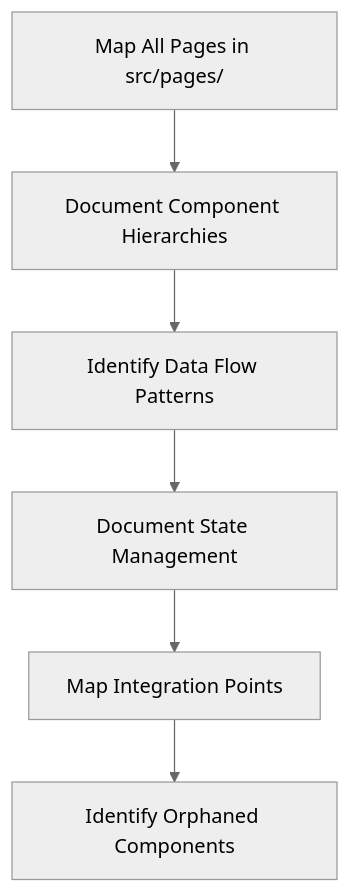
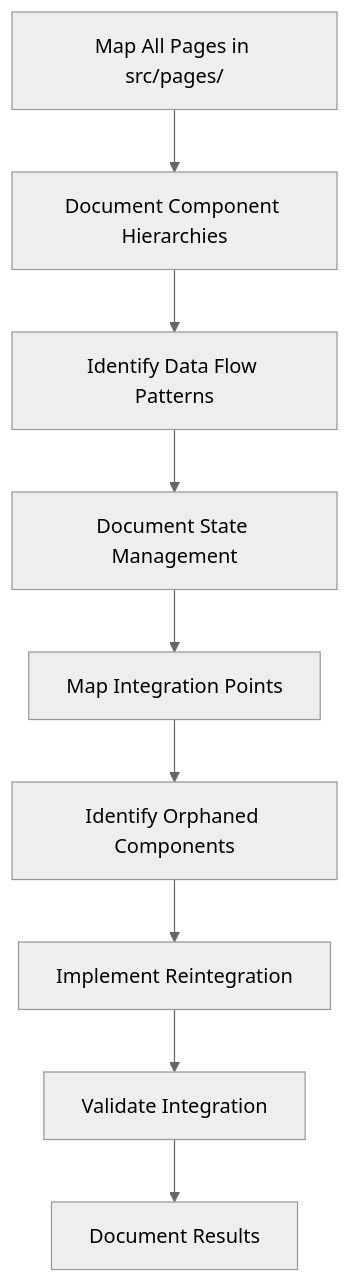
One commit to rodaquino-OMNI/omni-emr-v2 changed the first of 5 diagrams in OmniCare-EMR-Component-Analysis-Plan.md. Above: the diagram before and after it, drawn with Mermaid (neutral theme). The commit also changed other lines of this file, not shown here.

````diff
--- a/OmniCare-EMR-Component-Analysis-Plan.md
+++ b/OmniCare-EMR-Component-Analysis-Plan.md
@@ -60,8 +72,11 @@
 ```mermaid
 flowchart TD
     A[Map All Pages in src/pages/] --> B[Document Component Hierarchies]
     B --> C[Identify Data Flow Patterns]
     C --> D[Document State Management]
     D --> E[Map Integration Points]
     E --> F[Identify Orphaned Components]
+    F --> G[Implement Reintegration]
+    G --> H[Validate Integration]
+    H --> I[Document Results]
 ```
````
